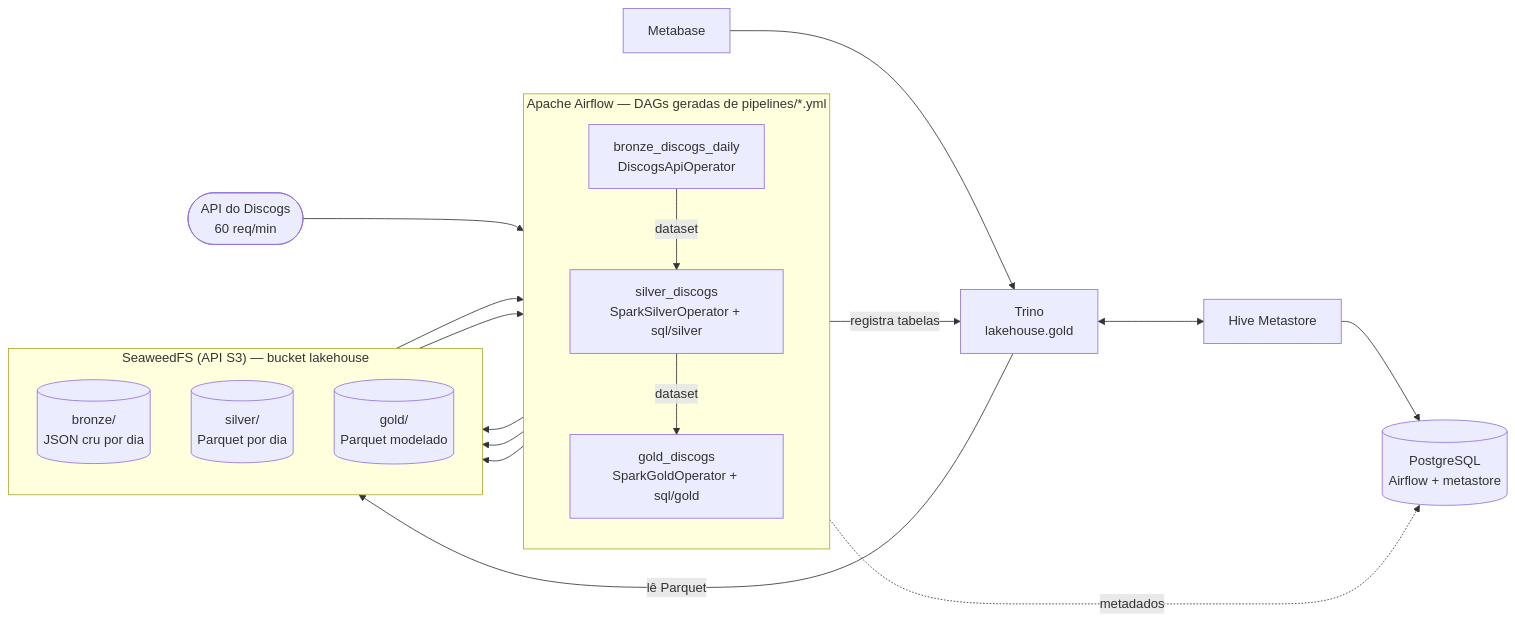
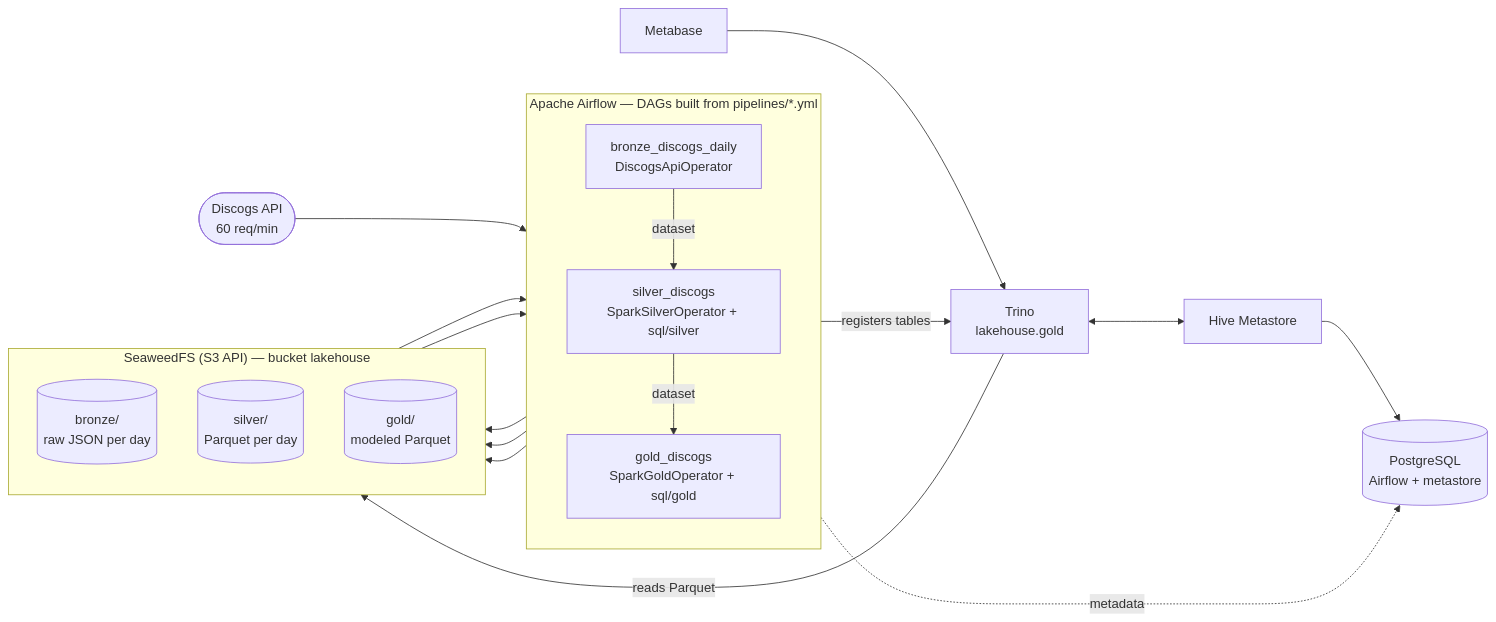
The first of 2 diagrams in README.md (VitorMusachio/discogs-data-lake), drawn with Mermaid before and after one commit. The commit also changed other lines of this file and 34 other files, not shown here.

````diff
--- a/README.md
+++ b/README.md
@@ -33,34 +34,34 @@
 ```mermaid
 flowchart LR
-    api(["API do Discogs<br/>60 req/min"])
+    api(["Discogs API<br/>60 req/min"])
 
-    subgraph airflow["Apache Airflow — DAGs geradas de pipelines/*.yml"]
+    subgraph airflow["Apache Airflow — DAGs built from pipelines/*.yml"]
         direction TB
         b["bronze_discogs_daily<br/>DiscogsApiOperator"]
         s["silver_discogs<br/>SparkSilverOperator + sql/silver"]
         g["gold_discogs<br/>SparkGoldOperator + sql/gold"]
         b -- dataset --> s -- dataset --> g
     end
 
-    subgraph s3["SeaweedFS (API S3) — bucket lakehouse"]
+    subgraph s3["SeaweedFS (S3 API) — bucket lakehouse"]
         direction TB
-        bz[("bronze/<br/>JSON cru por dia")]
-        sv[("silver/<br/>Parquet por dia")]
-        gd[("gold/<br/>Parquet modelado")]
+        bz[("bronze/<br/>raw JSON per day")]
+        sv[("silver/<br/>Parquet per day")]
+        gd[("gold/<br/>modeled Parquet")]
     end
 
     pg[("PostgreSQL<br/>Airflow + metastore")]
     hms["Hive Metastore"]
     trino["Trino<br/>lakehouse.gold"]
     mb["Metabase"]
 
     api --> b
     b --> bz
     bz --> s --> sv
     sv --> g --> gd
-    g -- registra tabelas --> trino
+    g -- registers tables --> trino
     trino <--> hms --> pg
-    airflow -. metadados .-> pg
-    trino -- lê Parquet --> gd
+    airflow -. metadata .-> pg
+    trino -- reads Parquet --> gd
     mb --> trino
 ```
````
